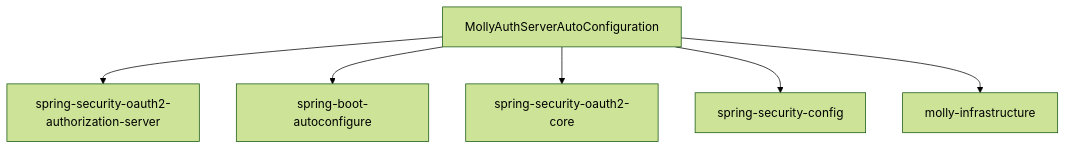
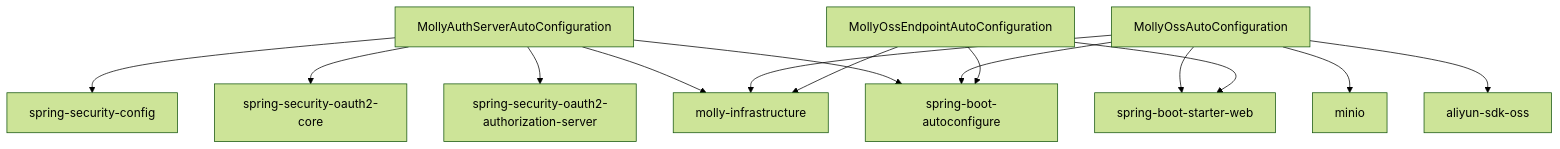
The tenth of 10 diagrams in .qoder/repowiki/zh/content/核心模块详解/自动配置系统.md (hutengqi/molly), drawn with Mermaid (forest theme) before and after one commit. The commit also changed other lines of this file and 3 other files, not shown here.

````diff
--- a/.qoder/repowiki/zh/content/核心模块详解/自动配置系统.md
+++ b/.qoder/repowiki/zh/content/核心模块详解/自动配置系统.md
@@ -255,14 +445,27 @@
 ```mermaid
 graph TB
 AAC["MollyAuthServerAutoConfiguration"]
+OAC["MollyOssAutoConfiguration"]
+OEAC["MollyOssEndpointAutoConfiguration"]
 SAS["spring-security-oauth2-authorization-server"]
 SBA["spring-boot-autoconfigure"]
 SAC["spring-security-oauth2-core"]
 SSC["spring-security-config"]
+SW["spring-boot-starter-web"]
+AOS["aliyun-sdk-oss"]
+MINIO["minio"]
 MI["molly-infrastructure"]
 AAC --> SAS
 AAC --> SBA
 AAC --> SAC
 AAC --> SSC
 AAC --> MI
+OAC --> SBA
+OAC --> SW
+OAC --> AOS
+OAC --> MINIO
+OAC --> MI
+OEAC --> SBA
+OEAC --> SW
+OEAC --> MI
 ```
````
